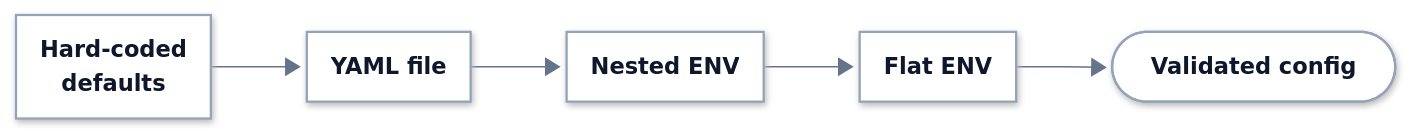
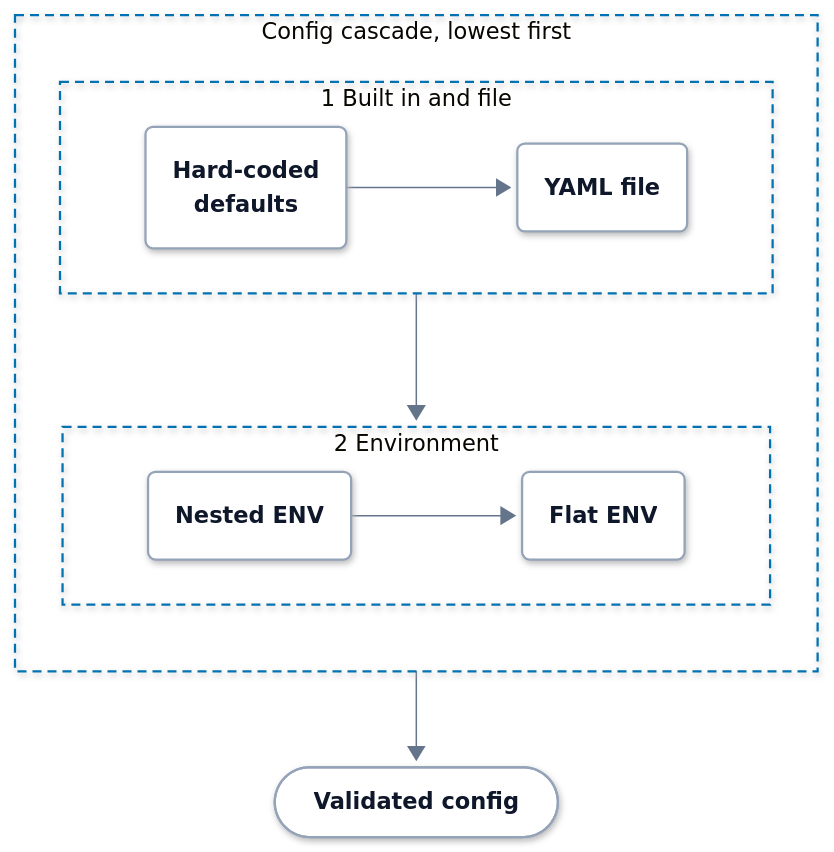
The diagram in docs/configuration.md (hyperi-io/dfe-loader), drawn with Mermaid before and after one commit. The commit also changed 19 other files, not shown here.

First line of the commit message:
docs(architecture): bring the loader pages to the architecture standard

````diff
--- a/docs/configuration.md
+++ b/docs/configuration.md
@@ -58,17 +58,30 @@
     .ui .label-icon{color:#D9480F}
     .ext .label-icon{color:#64748B}
 ---
-flowchart LR
+flowchart TB
     accTitle: L4 Detail -- Config cascade
     accDescr: The loader starts from its hard-coded defaults, applies the YAML file over them, then the nested ENV variables, then the flat ENV variables, and validates the result.
 
-    defaults["<b>Hard-coded<br/>defaults</b>"]
-    file["<b>YAML file</b>"]
-    nested["<b>Nested ENV</b>"]
-    flat["<b>Flat ENV</b>"]
+    subgraph cascade["Config cascade, lowest first"]
+        direction TB
+        subgraph R1["1 Built in and file"]
+            direction LR
+            defaults("<b>Hard-coded<br/>defaults</b>")
+            file("<b>YAML file</b>")
+            defaults --> file
+        end
+        subgraph R2["2 Environment"]
+            direction LR
+            nested("<b>Nested ENV</b>")
+            flat("<b>Flat ENV</b>")
+            nested --> flat
+        end
+        R1 --> R2
+    end
     config(["<b>Validated config</b>"])
-
-    defaults --> file --> nested --> flat --> config
+    cascade --> config
+  class defaults,file,nested,flat,config part
+  class defaults,file,nested,flat,config part
   classDef ext fill:#F4F6F8,stroke:#94A3B8,stroke-width:1.5px,stroke-dasharray:5 4,color:#0F172A
   classDef ingest fill:#FFFFFF,stroke:#0E8A7D,stroke-width:3px,color:#0F172A
   classDef xform fill:#FFFFFF,stroke:#7B4FB0,stroke-width:3px,color:#0F172A
@@ -80,5 +93,7 @@
   classDef error fill:#FFFFFF,stroke:#C2410C,stroke-width:3px,color:#0F172A
   classDef control fill:#FFFFFF,stroke:#334155,stroke-width:3px,color:#0F172A
   classDef part fill:#FFFFFF,stroke:#94A3B8,stroke-width:1.5px,color:#0F172A
-  class defaults,file,nested,flat,config part
+  style cascade fill:none,stroke:#0072B2,stroke-width:1.5px,stroke-dasharray:6 4
+  style R1 fill:none,stroke:#0072B2,stroke-width:1.5px,stroke-dasharray:6 4
+  style R2 fill:none,stroke:#0072B2,stroke-width:1.5px,stroke-dasharray:6 4
 ```
````
